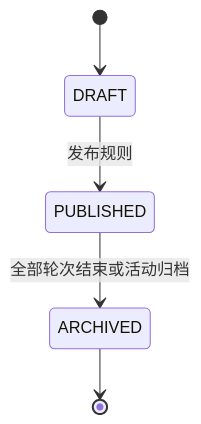
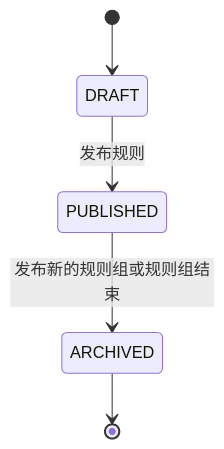
Before and after one commit to ChenWang08/ordershow: the seventh of 9 diagrams in docs/design/04-state-machines.md, drawn with Mermaid. The commit also changed other lines of this file and 39 other files, not shown here.

````diff
--- a/docs/design/04-state-machines.md
+++ b/docs/design/04-state-machines.md
@@ -264,7 +269,7 @@
 ```mermaid
 stateDiagram-v2
   [*] --> DRAFT
   DRAFT --> PUBLISHED: 发布规则
-  PUBLISHED --> ARCHIVED: 全部轮次结束或活动归档
+  PUBLISHED --> ARCHIVED: 发布新的规则组或规则组结束
   ARCHIVED --> [*]
 ```
````
